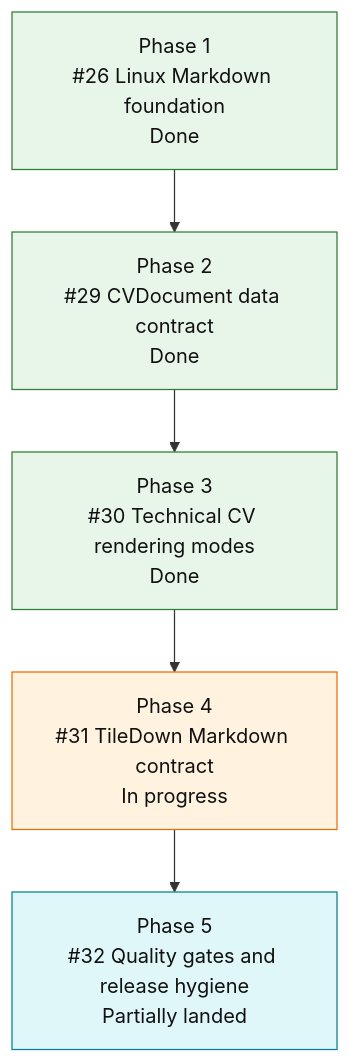
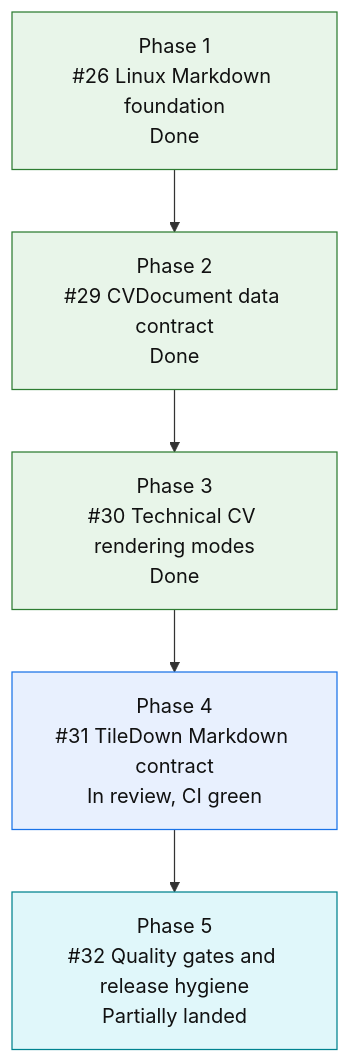
One commit to mihaelamj/cvbuilder changed the diagram in README.md. Above: the diagram before and after it, drawn with Mermaid. The commit also changed 1 other file, not shown here.

Commit message:
critic-fix(roadmap): mark tiledown phase in review

````diff
--- a/README.md
+++ b/README.md
@@ -150,19 +150,20 @@
 ```mermaid
 flowchart TD
     P1["Phase 1<br/>#26 Linux Markdown foundation<br/>Done"]
     P2["Phase 2<br/>#29 CVDocument data contract<br/>Done"]
     P3["Phase 3<br/>#30 Technical CV rendering modes<br/>Done"]
-    P4["Phase 4<br/>#31 TileDown Markdown contract<br/>In progress"]
+    P4["Phase 4<br/>#31 TileDown Markdown contract<br/>In review, CI green"]
     P5["Phase 5<br/>#32 Quality gates and release hygiene<br/>Partially landed"]
 
     P1 --> P2 --> P3 --> P4 --> P5
 
     classDef done fill:#e8f5e9,stroke:#2e7d32,color:#111;
     classDef active fill:#fff3e0,stroke:#ef6c00,color:#111;
+    classDef review fill:#e8f0fe,stroke:#1a73e8,color:#111;
     classDef next fill:#fff8e1,stroke:#f9a825,color:#111;
     classDef partial fill:#e0f7fa,stroke:#00838f,color:#111;
     classDef todo fill:#eef3ff,stroke:#3367d6,color:#111;
     class P1,P2,P3 done;
-    class P4 active;
+    class P4 review;
     class P5 partial;
 ```
````
